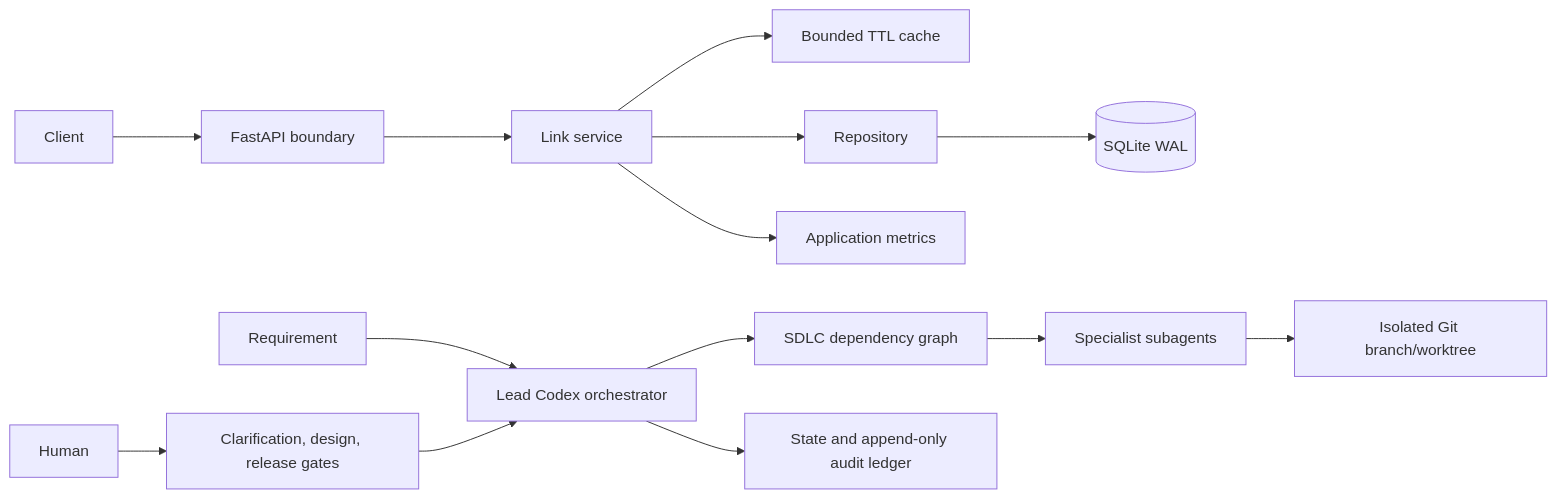
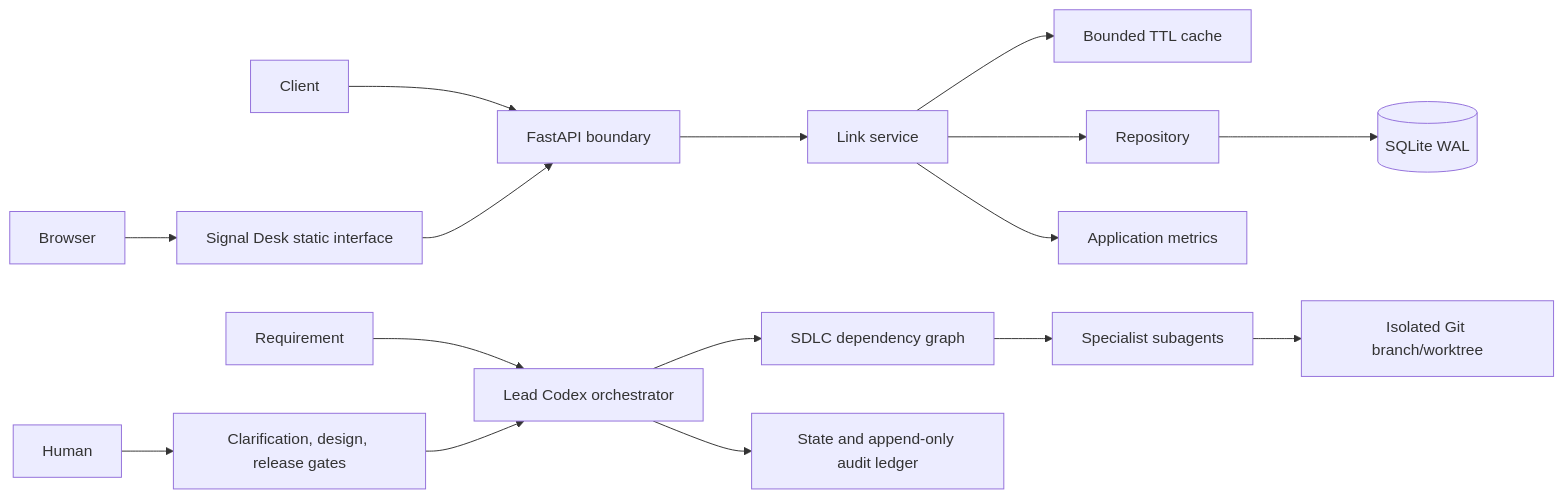
One commit to MonicaKotti/url-shortner changed the first of 2 diagrams in docs/architecture.md. Above: the diagram before and after it, drawn with Mermaid. The commit also changed other lines of this file and 9 other files, not shown here.

````diff
--- a/docs/architecture.md
+++ b/docs/architecture.md
@@ -7,17 +7,19 @@
 ```mermaid
 flowchart LR
     Client --> API[FastAPI boundary]
+    Browser --> UI[Signal Desk static interface]
+    UI --> API
     API --> Domain[Link service]
     Domain --> Cache[Bounded TTL cache]
     Domain --> Repo[Repository]
     Repo --> DB[(SQLite WAL)]
     Domain --> Metrics[Application metrics]
 
     Requirement --> Lead[Lead Codex orchestrator]
     Lead --> DAG[SDLC dependency graph]
     DAG --> Agents[Specialist subagents]
     Agents --> Git[Isolated Git branch/worktree]
     Lead --> Ledger[State and append-only audit ledger]
     Human --> Gates[Clarification, design, release gates]
     Gates --> Lead
 ```
````
